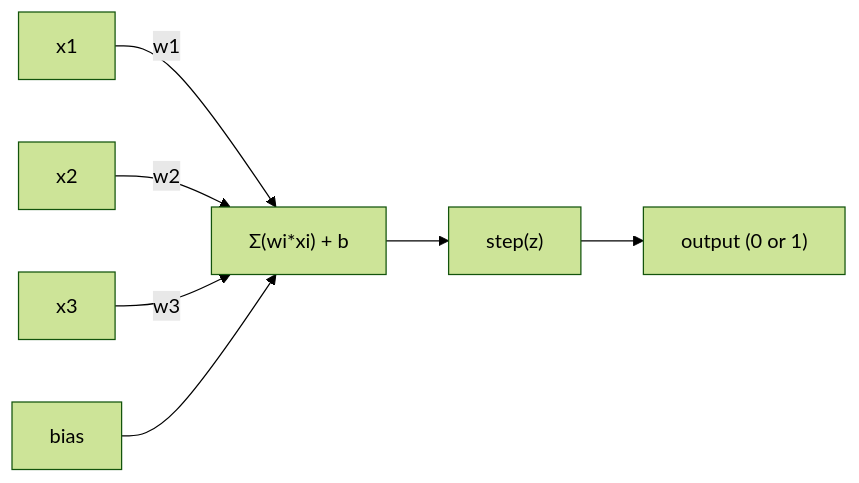
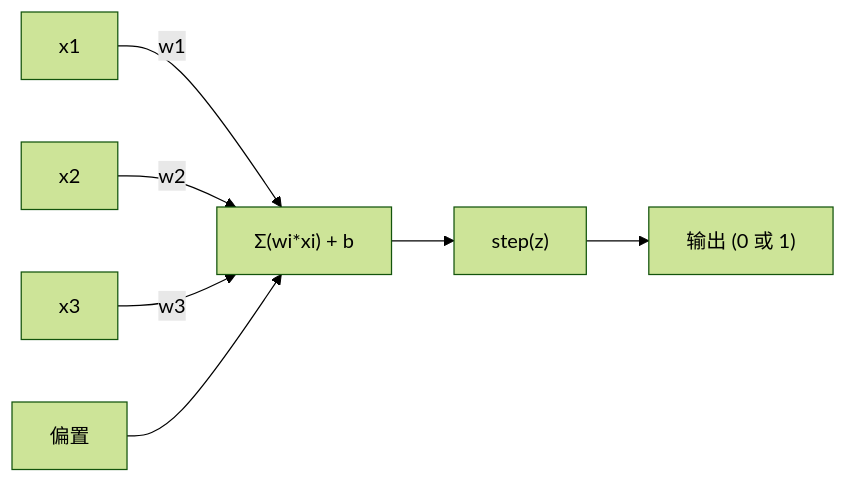
One commit to alessandrodinisio-ai/ai-engineering-learning-framework changed the first of 2 diagrams in phases/03-deep-learning-core/01-the-perceptron/docs/zh.md. Above: the diagram before and after it, drawn with Mermaid (forest theme). The commit also changed other lines of this file and 120 other files, not shown here.

First line of the commit message:
i18n(mermaid): 337 个 mermaid 图表标签中文化

````diff
--- a/phases/03-deep-learning-core/01-the-perceptron/docs/zh.md
+++ b/phases/03-deep-learning-core/01-the-perceptron/docs/zh.md
@@ -31,9 +31,9 @@
 ```mermaid
 graph LR
     x1["x1"] -- "w1" --> sum["Σ(wi*xi) + b"]
     x2["x2"] -- "w2" --> sum
     x3["x3"] -- "w3" --> sum
-    bias["bias"] --> sum
+    bias["偏置"] --> sum
     sum --> step["step(z)"]
-    step --> out["output (0 or 1)"]
+    step --> out["输出 (0 或 1)"]
 ```
````
